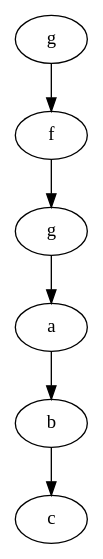
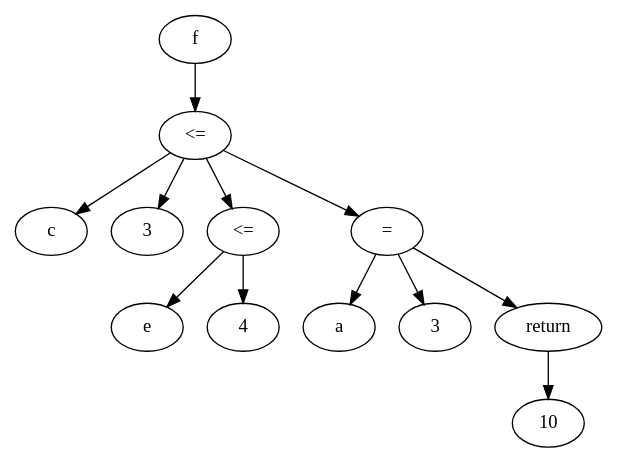
Before and after one commit to froestiago/compiladores: the diagram in etapa3/saida.dot, drawn with Graphviz. The commit also changed 13 other files, not shown here.

```diff
--- a/etapa3/saida.dot
+++ b/etapa3/saida.dot
@@ -1,13 +1,25 @@
 digraph grafo {
-  93974038427920 [ label="g" ];
-  93974038427920 -> 93974038428960;
-  93974038428960 [ label="f" ];
-  93974038428960 -> 93974038428816;
-  93974038428816 [ label="g" ];
-  93974038428816 -> 93974038428480;
-  93974038428480 [ label="a" ];
-  93974038428480 -> 93974038428592;
-  93974038428592 [ label="b" ];
-  93974038428592 -> 93974038428704;
-  93974038428704 [ label="c" ];
+  140700909852992 [ label="f" ];
+  140700909852992 -> 140700910895248;
+  140700910895248 [ label="<=" ];
+  140700910895248 -> 140700910895280;
+  140700910895280 [ label="c" ];
+  140700910895248 -> 140700909852960;
+  140700909852960 [ label="3" ];
+  140700910895248 -> 140700909853136;
+  140700909853136 [ label="<=" ];
+  140700909853136 -> 140700909853168;
+  140700909853168 [ label="e" ];
+  140700909853136 -> 140700909853088;
+  140700909853088 [ label="4" ];
+  140700910895248 -> 140700910895440;
+  140700910895440 [ label="=" ];
+  140700910895440 -> 140700910895472;
+  140700910895472 [ label="a" ];
+  140700910895440 -> 140700910895392;
+  140700910895392 [ label="3" ];
+  140700910895440 -> 140700910895600;
+  140700910895600 [ label="return" ];
+  140700910895600 -> 140700910895552;
+  140700910895552 [ label="10" ];
 }
```
